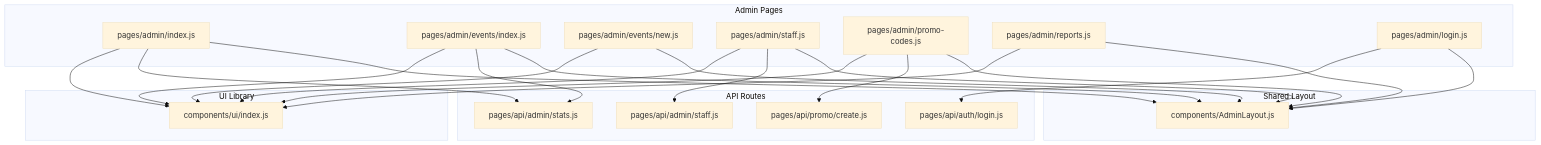
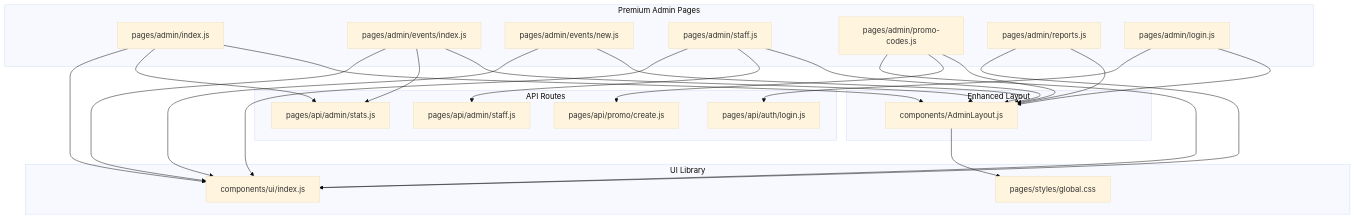
One commit to ObeyMuchechesi/TicketFlow changed the first of 10 diagrams in .qoder/repowiki/en/content/Admin Dashboard/Admin Dashboard.md. Above: the diagram before and after it, drawn with Mermaid (base theme). The commit also changed other lines of this file and 12 other files, not shown here.

First line of the commit message:
docs: EcoCash schema columns and project documentation refresh

````diff
--- a/.qoder/repowiki/en/content/Admin Dashboard/Admin Dashboard.md
+++ b/.qoder/repowiki/en/content/Admin Dashboard/Admin Dashboard.md
@@ -39,42 +55,44 @@
 ```mermaid
 graph TB
-subgraph "Admin Pages"
+subgraph "Premium Admin Pages"
 A["pages/admin/index.js"]
 B["pages/admin/events/index.js"]
 C["pages/admin/events/new.js"]
 D["pages/admin/staff.js"]
 E["pages/admin/promo-codes.js"]
 F["pages/admin/reports.js"]
 L["pages/admin/login.js"]
 end
-subgraph "Shared Layout"
+subgraph "Enhanced Layout"
 G["components/AdminLayout.js"]
 end
 subgraph "UI Library"
 H["components/ui/index.js"]
+I["pages/styles/global.css"]
 end
 subgraph "API Routes"
 S["pages/api/admin/stats.js"]
 T["pages/api/admin/staff.js"]
 U["pages/api/promo/create.js"]
 V["pages/api/auth/login.js"]
 end
 A --> G
 B --> G
 C --> G
 D --> G
 E --> G
 F --> G
 L --> G
 A --> S
 B --> S
 D --> T
 E --> U
 L --> V
 A --> H
 B --> H
 C --> H
 D --> H
 E --> H
 F --> H
+G --> I
 ```
````
